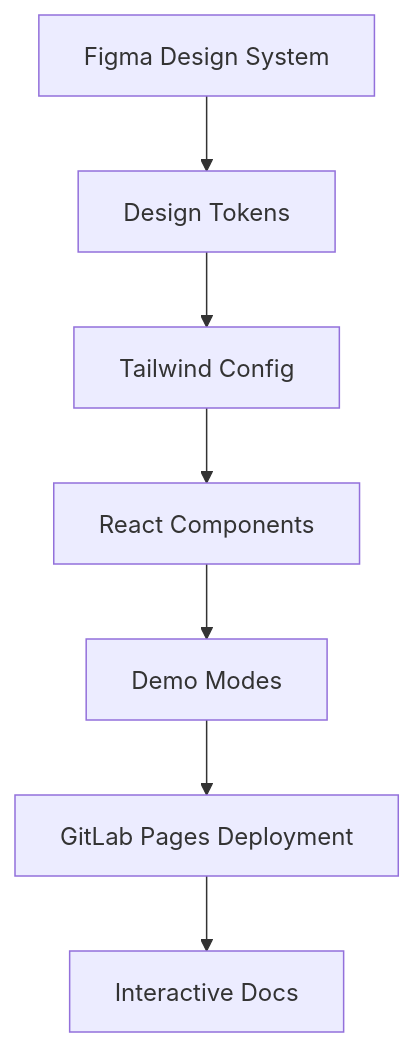
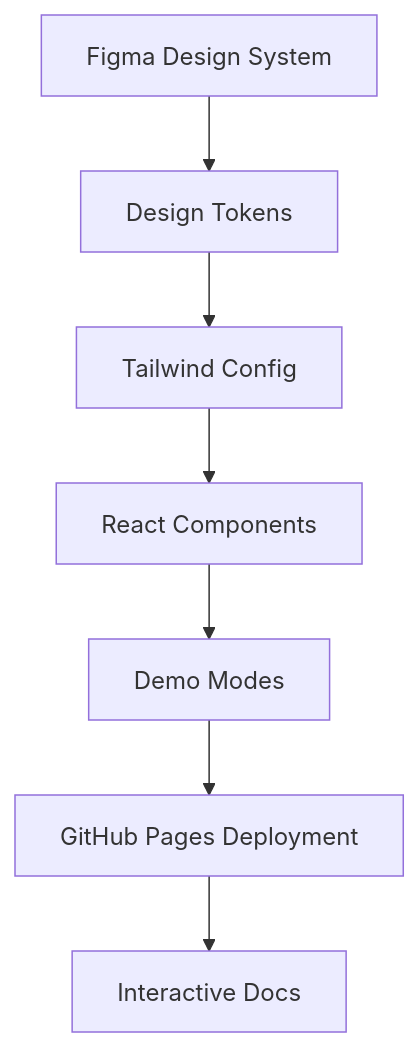
The first of 2 diagrams in docs/development/advanced/design-system-integration.md (boost-edu-tools/gitinspectorgui), drawn with Mermaid before and after one commit. The commit also changed other lines of this file and 6 other files, not shown here.

First line of the commit message:
chore: remove all GitLab references and update to GitHub

````diff
--- a/docs/development/advanced/design-system-integration.md
+++ b/docs/development/advanced/design-system-integration.md
@@ -94,9 +126,9 @@
 ```mermaid
 graph TB
     A[Figma Design System] --> B[Design Tokens]
     B --> C[Tailwind Config]
     C --> D[React Components]
     D --> E[Demo Modes]
-    E --> F[GitLab Pages Deployment]
+    E --> F[GitHub Pages Deployment]
     F --> G[Interactive Docs]
 ```
````
